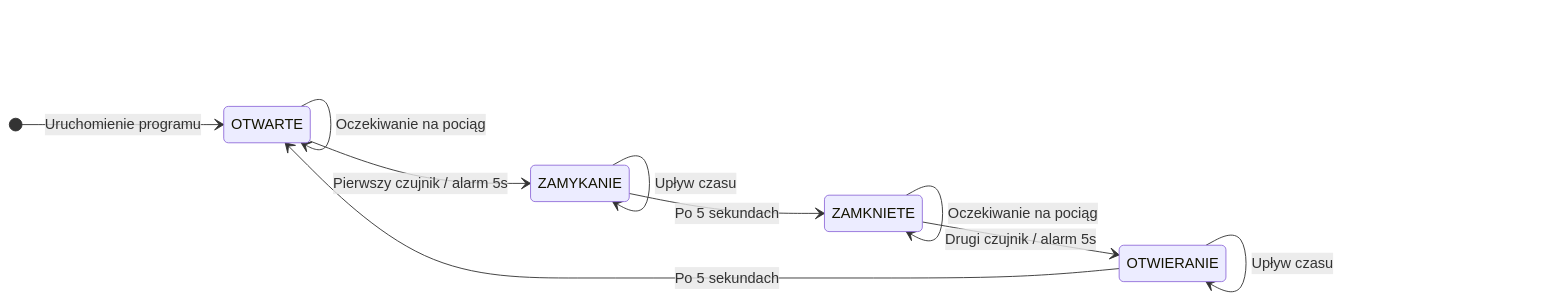
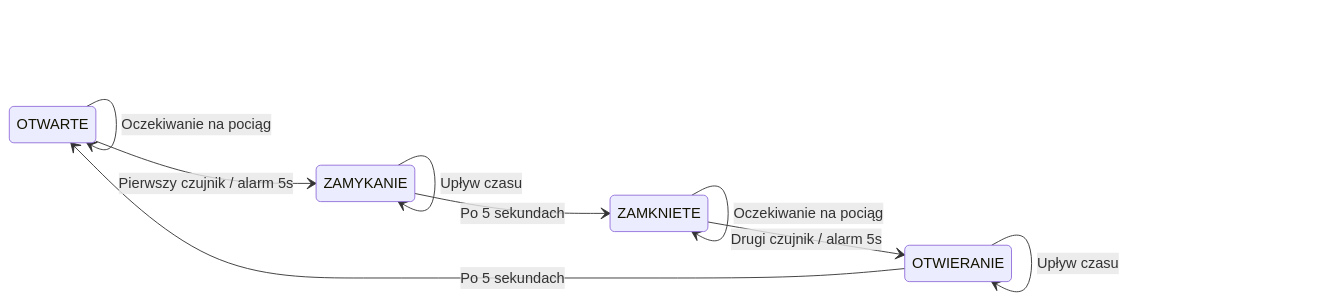
One commit to Jacob741831/Szlabany changed the first of 2 diagrams in README.md. Above: the diagram before and after it, drawn with Mermaid.

````diff
--- a/README.md
+++ b/README.md
@@ -214,18 +214,16 @@
 ```mermaid
 stateDiagram-v2
     direction LR
-
-    [*] --> OTWARTE: Uruchomienie programu
 
     OTWARTE --> OTWARTE: Oczekiwanie na pociąg
     OTWARTE --> ZAMYKANIE: Pierwszy czujnik / alarm 5s
 
     ZAMYKANIE --> ZAMYKANIE: Upływ czasu
     ZAMYKANIE --> ZAMKNIETE: Po 5 sekundach
 
     ZAMKNIETE --> ZAMKNIETE: Oczekiwanie na pociąg
     ZAMKNIETE --> OTWIERANIE: Drugi czujnik / alarm 5s
 
     OTWIERANIE --> OTWIERANIE: Upływ czasu
     OTWIERANIE --> OTWARTE: Po 5 sekundach
 ```
````
